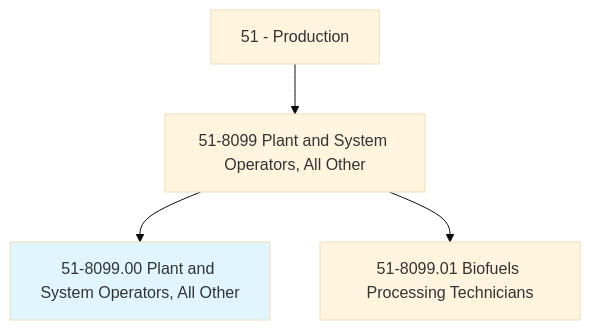
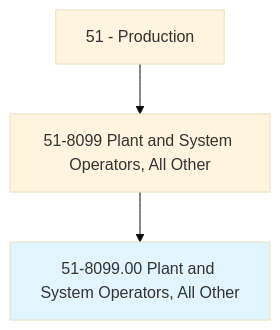
The first of 4 diagrams in occupations/Production/PlantAndSystemOperators.mdx (kziemski/business.org.ai), drawn with Mermaid (base theme) before and after one commit. The commit also changed other lines of this file and 938 other files, not shown here.

````diff
--- a/occupations/Production/PlantAndSystemOperators.mdx
+++ b/occupations/Production/PlantAndSystemOperators.mdx
@@ -19,7 +23,6 @@
 ```mermaid
 graph TD
     Cat51["51 - Production"] --> Group518099["51-8099 Plant and System Operators, All Other"]
     Group518099 --> Current["51-8099.00 Plant and System Operators, All Other"]
     style Current fill:#e1f5fe
-    Group518099 --> V51809901["51-8099.01 Biofuels Processing Technicians"]
 ```
````
